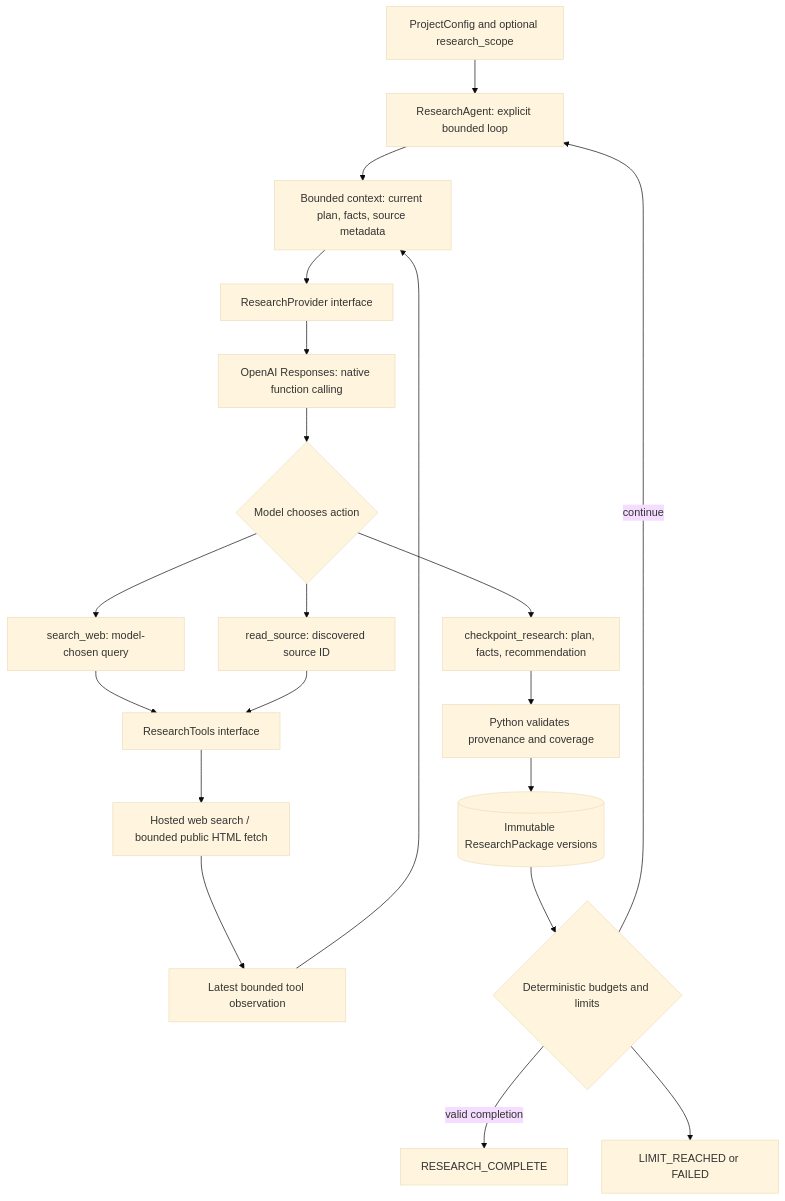
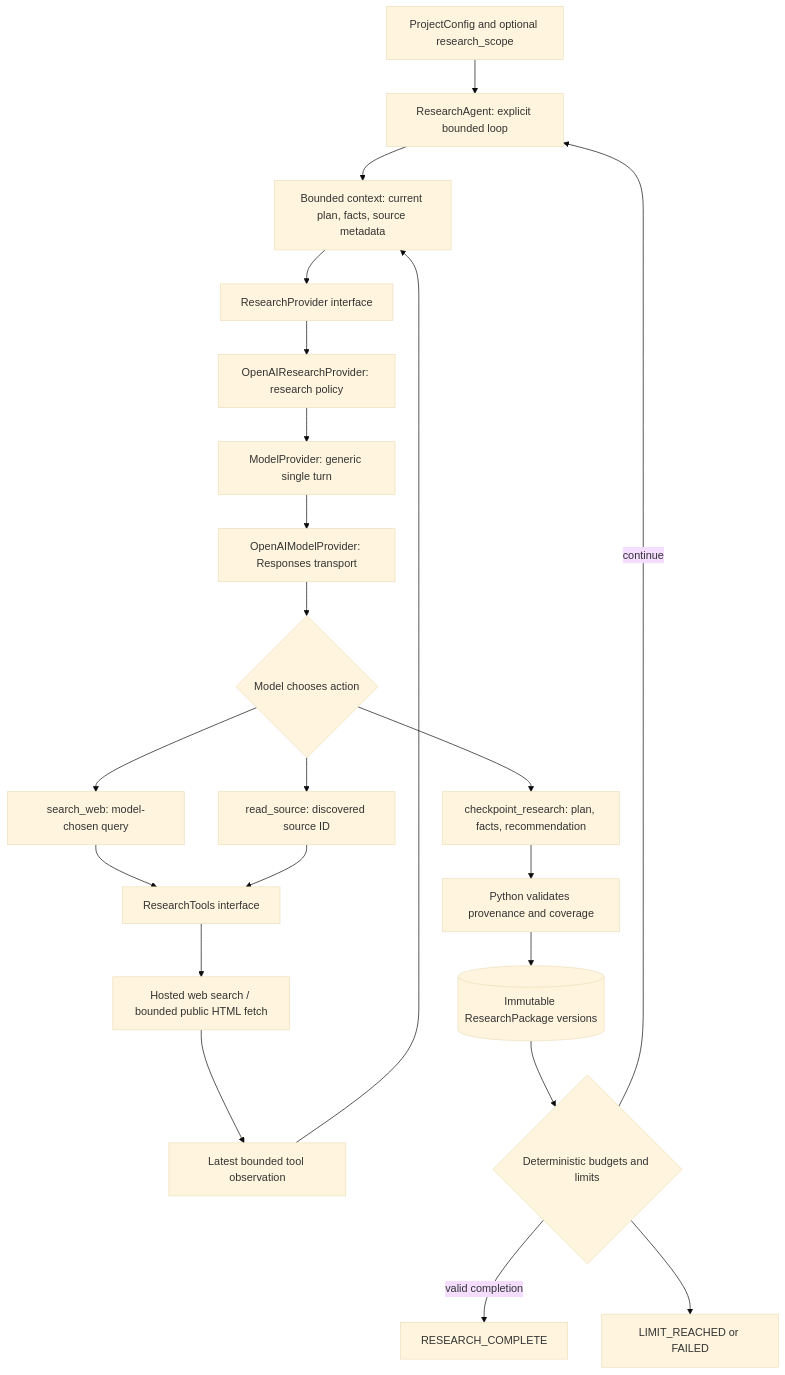
Before and after one commit to hailincai/agentic-history-studio: the first of 2 diagrams in README.md, drawn with Mermaid (base theme). The commit also changed other lines of this file and 5 other files, not shown here.

Commit message:
feat: add fact checker single decision turn

````diff
--- a/README.md
+++ b/README.md
@@ -15,22 +15,24 @@
 ```mermaid
 flowchart TD
     C[ProjectConfig and optional research_scope] --> A[ResearchAgent: explicit bounded loop]
     A --> X[Bounded context: current plan, facts, source metadata]
     X --> P[ResearchProvider interface]
-    P --> O[OpenAI Responses: native function calling]
+    P --> RP[OpenAIResearchProvider: research policy]
+    RP --> M[ModelProvider: generic single turn]
+    M --> O[OpenAIModelProvider: Responses transport]
     O --> D{Model chooses action}
     D --> Q[search_web: model-chosen query]
     D --> R[read_source: discovered source ID]
     Q --> T[ResearchTools interface]
     R --> T
     T --> W[Hosted web search / bounded public HTML fetch]
     W --> B[Latest bounded tool observation]
     B --> X
     D --> U[checkpoint_research: plan, facts, recommendation]
     U --> V[Python validates provenance and coverage]
     V --> K[(Immutable ResearchPackage versions)]
     K --> G{Deterministic budgets and limits}
     G -->|continue| A
     G -->|valid completion| F[RESEARCH_COMPLETE]
     G --> L[LIMIT_REACHED or FAILED]
 ```
````
